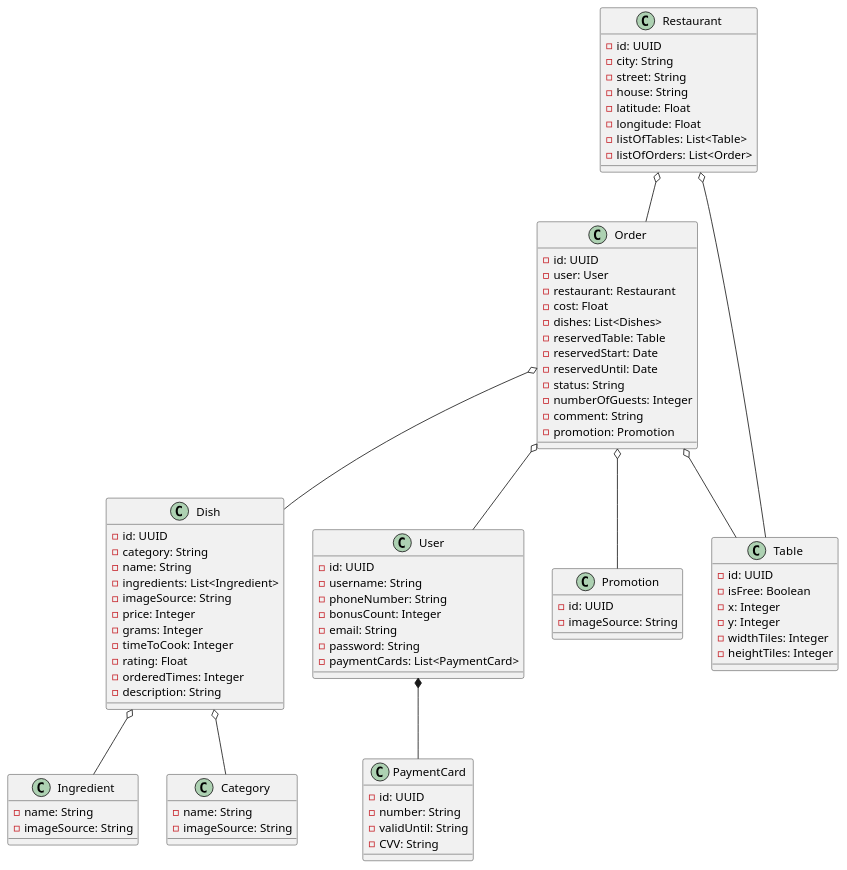
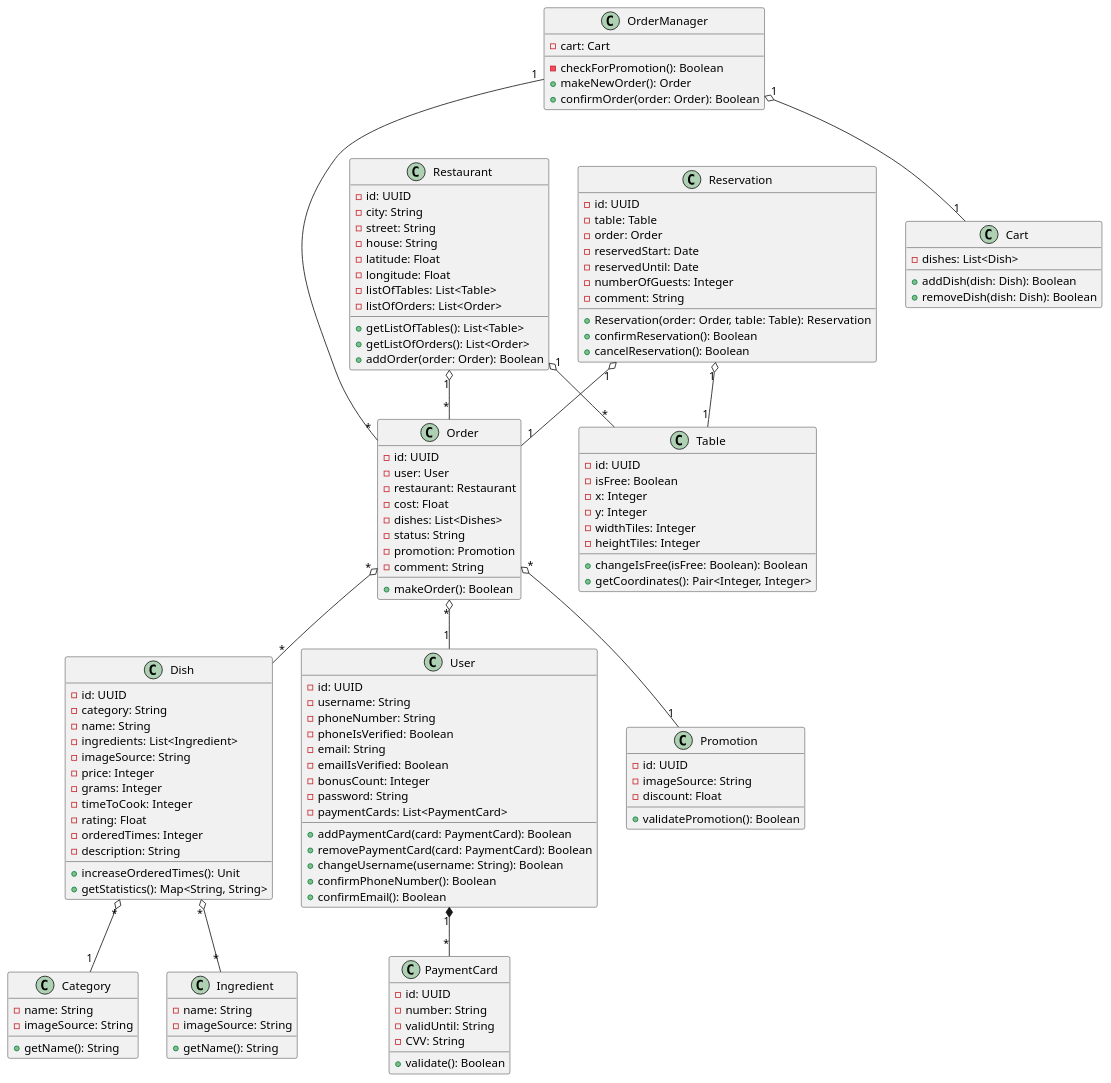
One commit to Towich/PlantUML changed the diagram in Restaurant/class.wsd. Above: the diagram before and after it, drawn with PlantUML. The commit also changed 2 other files, not shown here.

Commit message:
Improved class diagram

```diff
--- a/Restaurant/class.wsd
+++ b/Restaurant/class.wsd
@@ -1,93 +1,149 @@
 @startuml
 class Dish {
   - id: UUID
   - category: String
   - name: String
   - ingredients: List<Ingredient>
   - imageSource: String
   - price: Integer
   - grams: Integer
   - timeToCook: Integer
   - rating: Float
   - orderedTimes: Integer
   - description: String
+
+  + increaseOrderedTimes(): Unit
+  + getStatistics(): Map<String, String>
 }
 
 class Ingredient {
   - name: String
   - imageSource: String
+
+  + getName(): String
 }
 
 class PaymentCard {
   - id: UUID
   - number: String
   - validUntil: String
   - CVV: String
+
+  + validate(): Boolean
 }
 
 class User {
   - id: UUID
   - username: String
   - phoneNumber: String
+  - phoneIsVerified: Boolean
+  - email: String
+  - emailIsVerified: Boolean
   - bonusCount: Integer
-  - email: String
   - password: String
   - paymentCards: List<PaymentCard>
+
+  + addPaymentCard(card: PaymentCard): Boolean
+  + removePaymentCard(card: PaymentCard): Boolean
+  + changeUsername(username: String): Boolean
+  + confirmPhoneNumber(): Boolean
+  + confirmEmail(): Boolean
 }
 
 class Restaurant {
   - id: UUID
   - city: String
   - street: String
   - house: String
   - latitude: Float
   - longitude: Float
   - listOfTables: List<Table>
   - listOfOrders: List<Order>
+  + getListOfTables(): List<Table>
+  + getListOfOrders(): List<Order>
+  + addOrder(order: Order): Boolean
 }
 
 class Promotion {
   - id: UUID
   - imageSource: String
+  - discount: Float
+
+  + validatePromotion(): Boolean
 }
 
 class Order {
   - id: UUID
   - user: User
   - restaurant: Restaurant
   - cost: Float
   - dishes: List<Dishes>
-  - reservedTable: Table
-  - reservedStart: Date
-  - reservedUntil: Date
   - status: String
-  - numberOfGuests: Integer
+  - promotion: Promotion
   - comment: String
-  - promotion: Promotion
+
+  + makeOrder(): Boolean
+}
+
+class Cart {
+  - dishes: List<Dish>
+
+  + addDish(dish: Dish): Boolean
+  + removeDish(dish: Dish): Boolean
+}
+
+class OrderManager {
+  - cart: Cart
+
+  - checkForPromotion(): Boolean
+  + makeNewOrder(): Order
+  + confirmOrder(order: Order): Boolean
 }
 
 class Category {
   - name: String
   - imageSource: String
+
+  + getName(): String
 }
 
 class Table {
   - id: UUID
   - isFree: Boolean
   - x: Integer
   - y: Integer
   - widthTiles: Integer
   - heightTiles: Integer
+
+  + changeIsFree(isFree: Boolean): Boolean
+  + getCoordinates(): Pair<Integer, Integer>
 }
 
-Dish o-- Category
-Dish o-- Ingredient
-Order o-- User
-Order o-- Dish
-User *-- PaymentCard
-Order o-- Table
-Restaurant o-- Order
-Restaurant o-- Table
-Order o-- Promotion
+class Reservation {
+  - id: UUID
+  - table: Table
+  - order: Order
+  - reservedStart: Date
+  - reservedUntil: Date
+  - numberOfGuests: Integer
+  - comment: String
+
+  + Reservation(order: Order, table: Table): Reservation
+  + confirmReservation(): Boolean
+  + cancelReservation(): Boolean
+}
+
+Dish "*" o-- "1" Category
+Dish "*" o-- "*" Ingredient
+Order "*" o-- "1" User
+Order "*" o-- "*" Dish
+Reservation "1" o-- "1" Order
+Reservation "1" o-- "1" Table
+User "1" *-- "*" PaymentCard
+Restaurant "1" o-- "*" Order
+Restaurant "1" o-- "*" Table
+Order "*" o-- "1" Promotion
+OrderManager "1" o-- "1" Cart
+OrderManager "1" --- "*" Order
 
 @enduml
```
